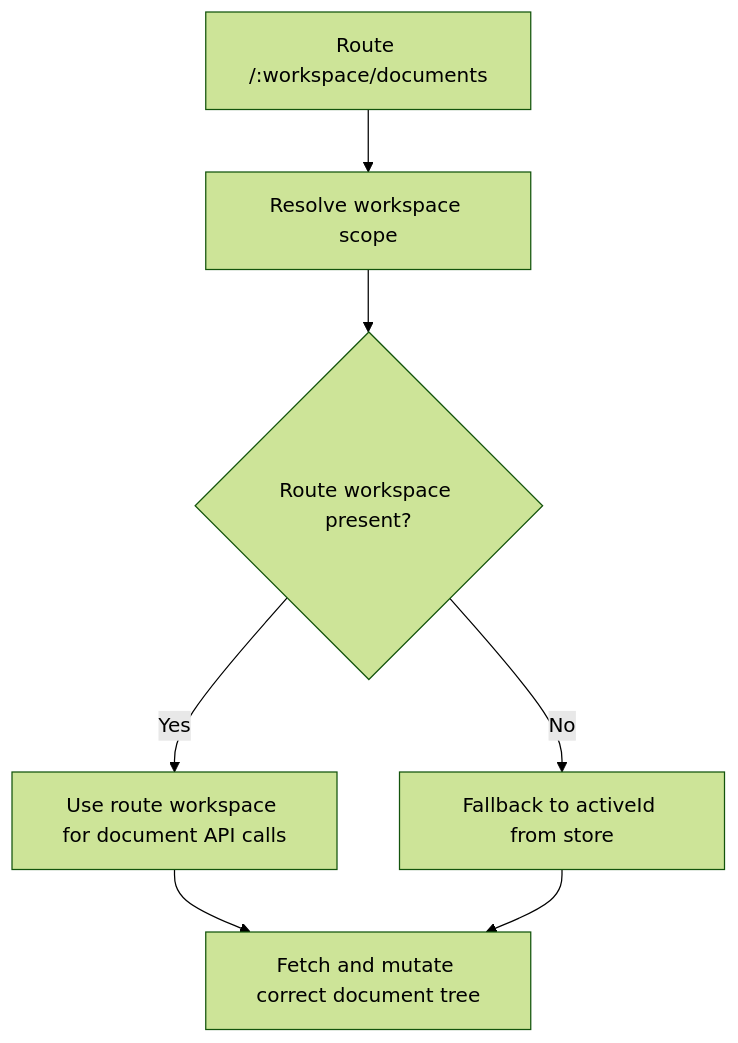
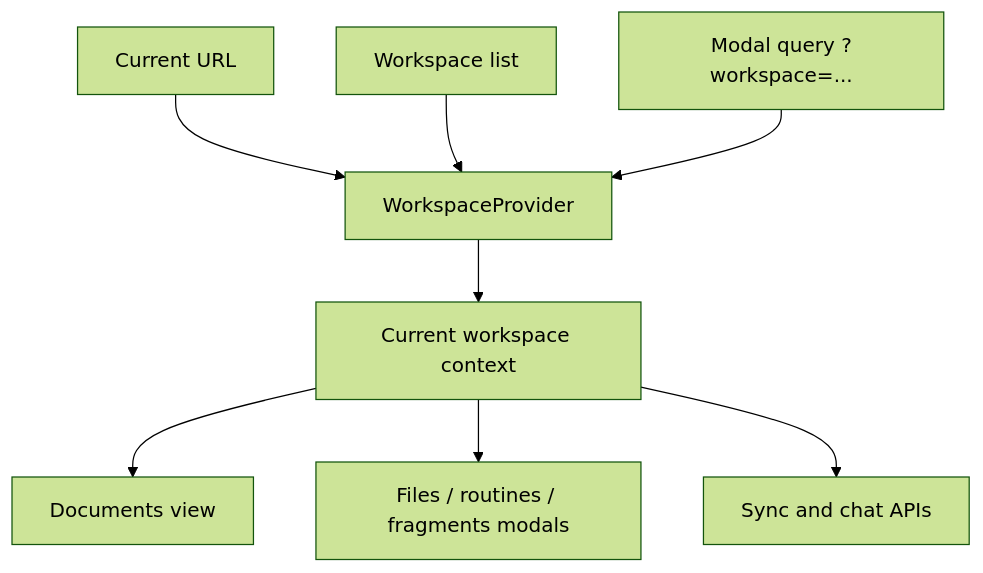
The diagram in doc/documents-refresh-scope-fix.md (ex3ndr/daycare), drawn with Mermaid (forest theme) before and after one commit. The commit also changed other lines of this file and 31 other files, not shown here.

Commit message:
refactor(app): replace active workspace store

````diff
--- a/doc/documents-refresh-scope-fix.md
+++ b/doc/documents-refresh-scope-fix.md
@@ -10,9 +11,10 @@
 ```mermaid
 flowchart TD
-    A[Route /:workspace/documents] --> B[Resolve workspace scope]
-    B --> C{Route workspace present?}
-    C -->|Yes| D[Use route workspace for document API calls]
-    C -->|No| E[Fallback to activeId from store]
-    D --> F[Fetch and mutate correct document tree]
-    E --> F
+    A[Current URL] --> B[WorkspaceProvider]
+    C[Workspace list] --> B
+    D[Modal query ?workspace=...] --> B
+    B --> E[Current workspace context]
+    E --> F[Documents view]
+    E --> G[Files / routines / fragments modals]
+    E --> H[Sync and chat APIs]
 ```
````
